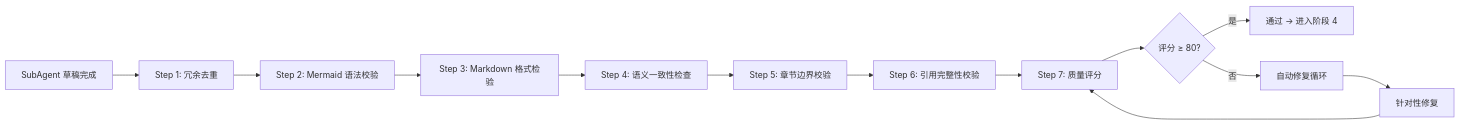
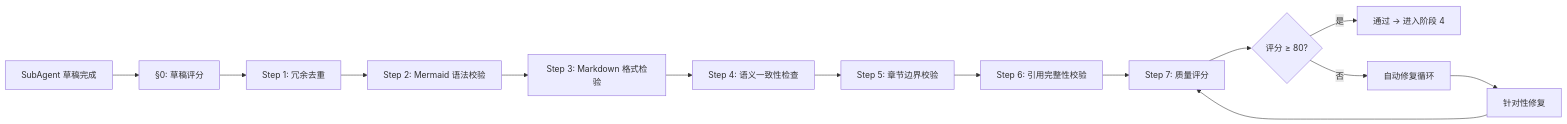
The first of 3 diagrams in .claude/skills/research/references/post-processing-pipeline.md (JackSmith111977/Knowledge-Base), drawn with Mermaid before and after one commit. The commit also changed other lines of this file and 6 other files, not shown here.

````diff
--- a/.claude/skills/research/references/post-processing-pipeline.md
+++ b/.claude/skills/research/references/post-processing-pipeline.md
@@ -11,15 +11,16 @@
 ```mermaid
 flowchart LR
-    A[SubAgent 草稿完成] --> B[Step 1: 冗余去重]
-    B --> C[Step 2: Mermaid 语法校验]
-    C --> D[Step 3: Markdown 格式检验]
-    D --> E[Step 4: 语义一致性检查]
-    E --> F[Step 5: 章节边界校验]
-    F --> G[Step 6: 引用完整性校验]
-    G --> H[Step 7: 质量评分]
-    H --> I{评分 ≥ 80?}
-    I -->|是| J[通过 → 进入阶段 4]
-    I -->|否| K[自动修复循环]
-    K --> L[针对性修复]
-    L --> H
+    A[SubAgent 草稿完成] --> B[§0: 草稿评分]
+    B --> C[Step 1: 冗余去重]
+    C --> D[Step 2: Mermaid 语法校验]
+    D --> E[Step 3: Markdown 格式检验]
+    E --> F[Step 4: 语义一致性检查]
+    F --> G[Step 5: 章节边界校验]
+    G --> H[Step 6: 引用完整性校验]
+    H --> I[Step 7: 质量评分]
+    I --> J{评分 ≥ 80?}
+    J -->|是| K[通过 → 进入阶段 4]
+    J -->|否| L[自动修复循环]
+    L --> M[针对性修复]
+    M --> I
 ```
````
